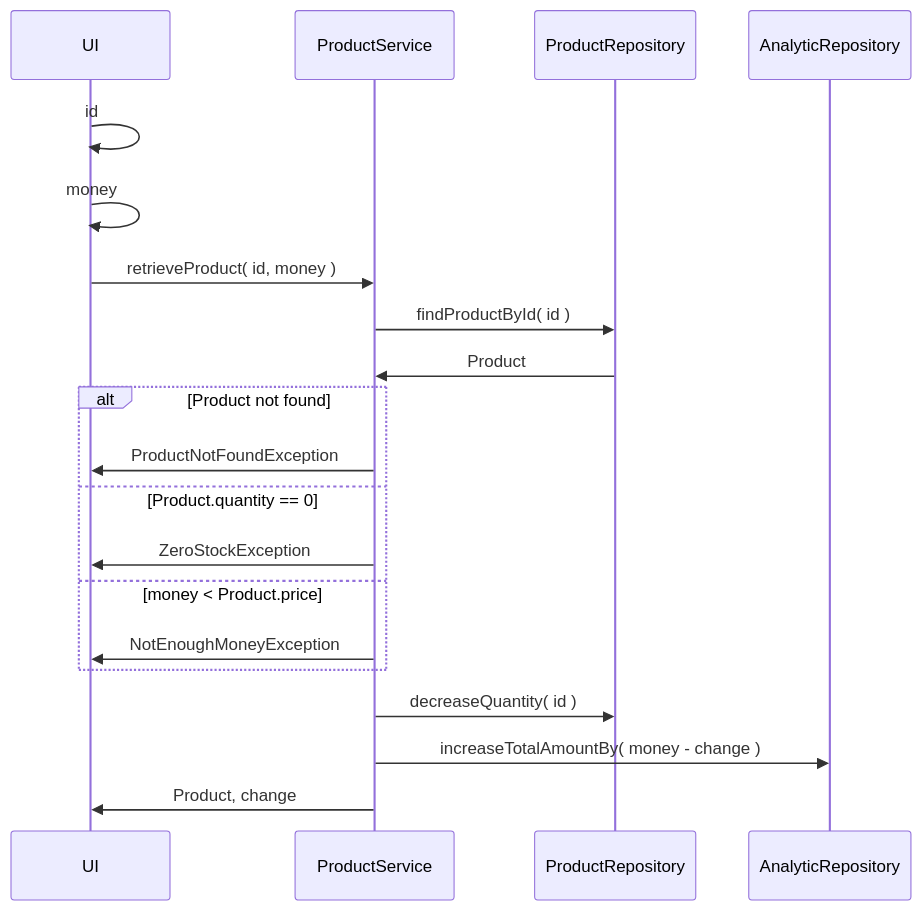
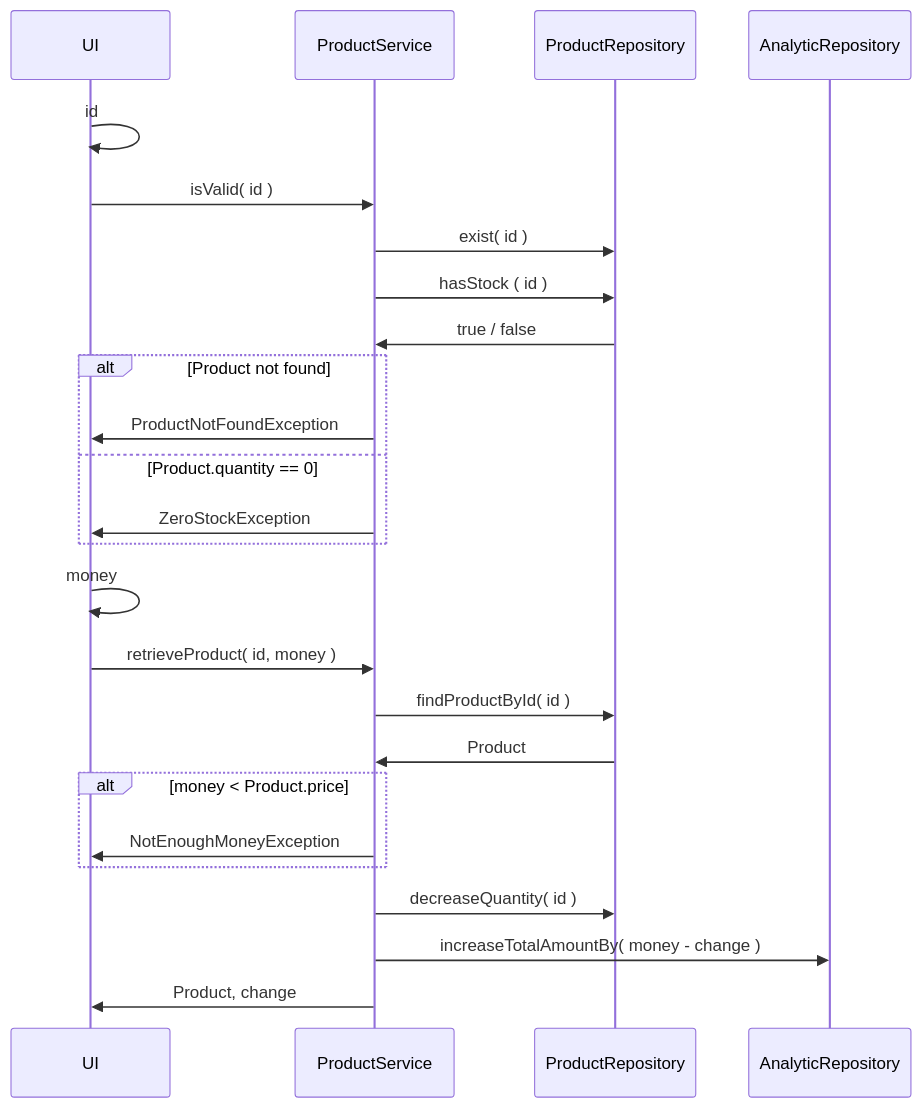
The third of 5 diagrams in README.md (Apameus/Vending_Machine), drawn with Mermaid before and after one commit.

Commit message:
refactor Retrieve product

````diff
--- a/README.md
+++ b/README.md
@@ -63,23 +63,29 @@
 ```mermaid
 sequenceDiagram
 participant UI
 participant PS as ProductService
 participant PR as ProductRepository
 participant AR as AnalyticRepository
 
 UI ->> UI: id
-UI ->> UI: money
-UI ->> PS: retrieveProduct( id, money )
-PS ->> PR: findProductById( id )
-PR ->> PS: Product
-alt Product not found
-    PS ->> UI: ProductNotFoundException
-else Product.quantity == 0
-    PS ->> UI: ZeroStockException
-else money < Product.price
-    PS ->> UI: NotEnoughMoneyException
-end
-PS ->> PR: decreaseQuantity( id )
+        UI ->> PS: isValid( id )
+    PS ->> PR: exist( id )
+        PS ->> PR: hasStock ( id )
+        PR ->> PS: true / false
+    alt Product not found
+        PS ->> UI: ProductNotFoundException
+    else Product.quantity == 0
+        PS ->> UI: ZeroStockException
+    end
+    UI ->> UI: money
+    UI ->> PS: retrieveProduct( id, money )
+    PS ->> PR: findProductById( id )
+    PR ->> PS: Product
+    alt money < Product.price
+        PS ->> UI: NotEnoughMoneyException
+    end
+
+    PS ->> PR: decreaseQuantity( id )
 PS ->> AR: increaseTotalAmountBy( money - change )
 PS ->> UI: Product, change
 ```
````
